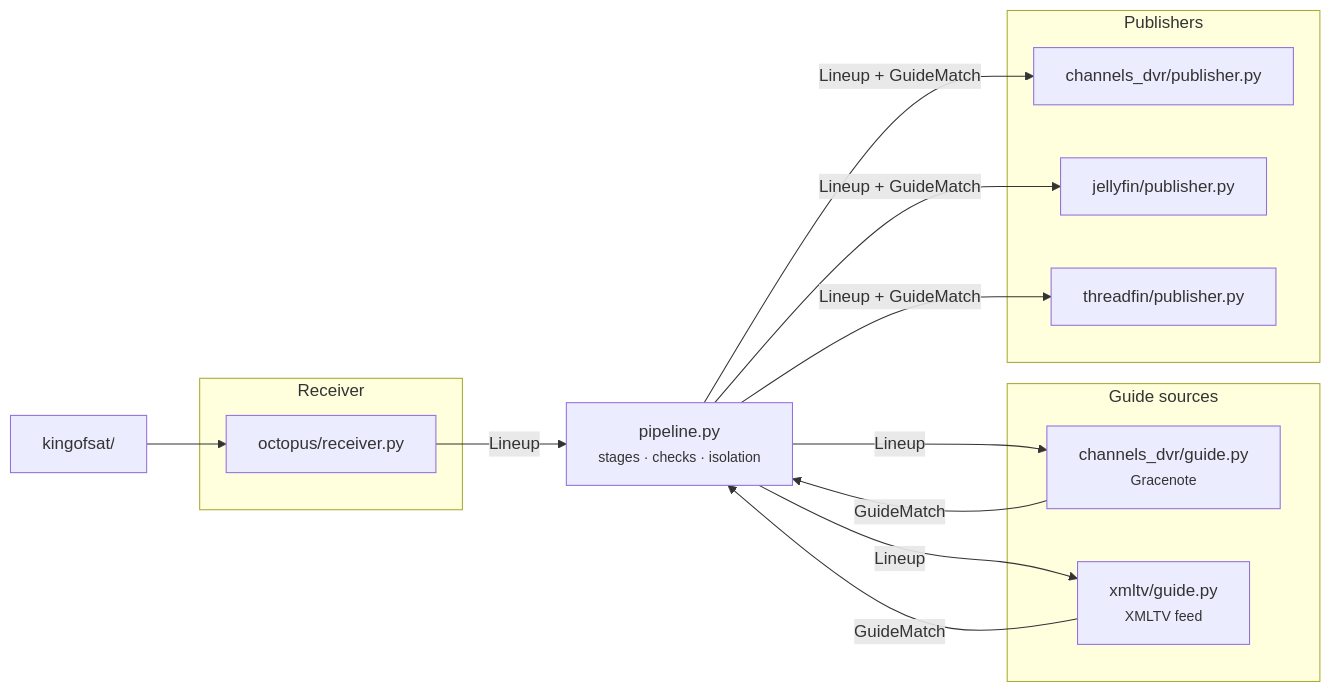
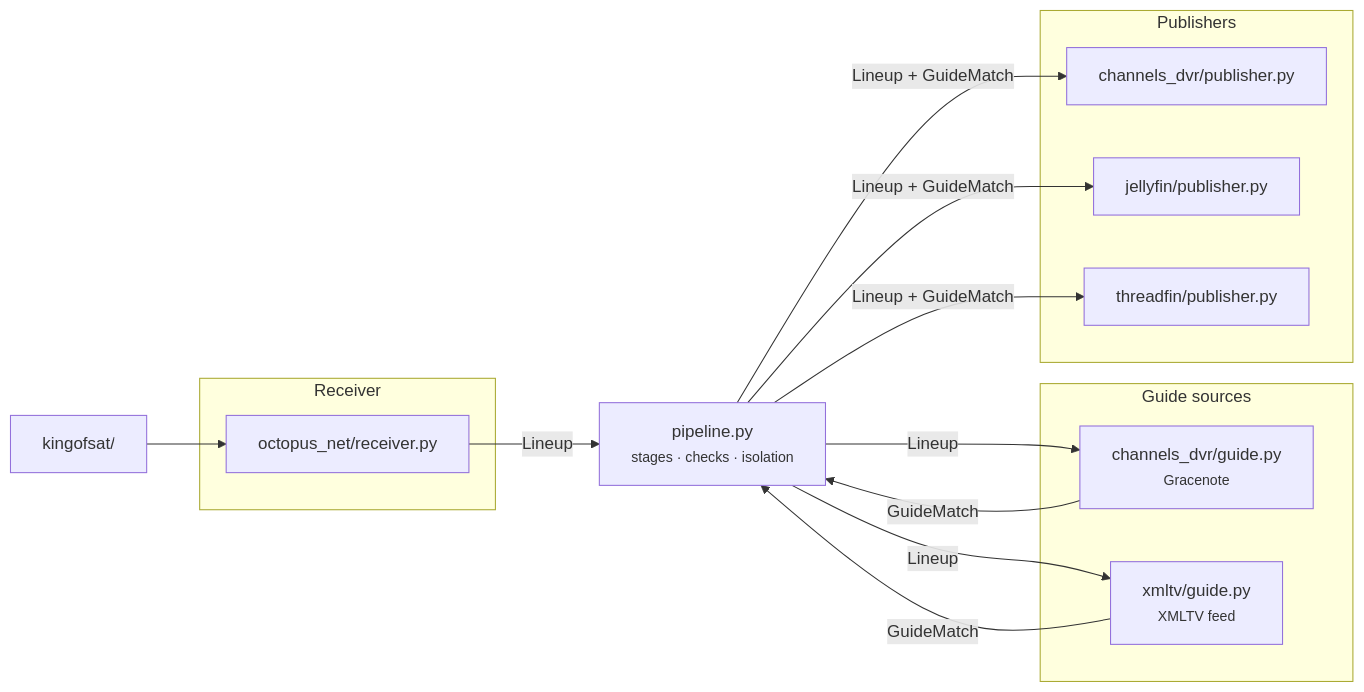
Before and after one commit to Matt-Hadley/sat_to_ip_helpers: the first of 2 diagrams in CONTRIBUTING.md, drawn with Mermaid. The commit also changed other lines of this file and 5 other files, not shown here.

Commit message:
docs: channel numbers, octopus_net, and how to add a receiver from another manufacturer

````diff
--- a/CONTRIBUTING.md
+++ b/CONTRIBUTING.md
@@ -30,20 +30,20 @@
 ```mermaid
 flowchart LR
     subgraph R["Receiver"]
-        OCT["octopus/receiver.py"]
+        OCT["octopus_net/receiver.py"]
     end
     subgraph G["Guide sources"]
         GN["channels_dvr/guide.py<br/><small>Gracenote</small>"]
         XT["xmltv/guide.py<br/><small>XMLTV feed</small>"]
     end
     subgraph P["Publishers"]
         CD["channels_dvr/publisher.py"]
         JF["jellyfin/publisher.py"]
         TF["threadfin/publisher.py"]
     end
     KOS["kingofsat/"] --> OCT
     OCT -- "Lineup" --> PIPE["pipeline.py<br/><small>stages · checks · isolation</small>"]
     PIPE -- "Lineup" --> GN & XT
     GN & XT -- "GuideMatch" --> PIPE
     PIPE -- "Lineup + GuideMatch" --> CD & JF & TF
 ```
````
